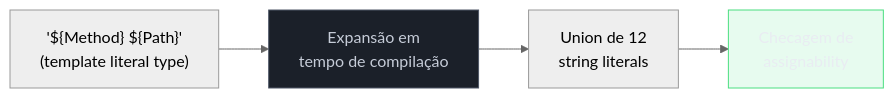
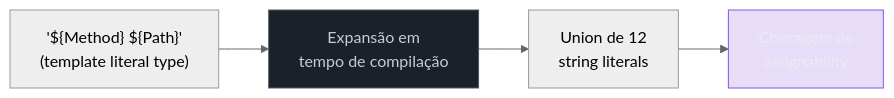
Before and after one commit to josenaldo/codex-technomanticus: the first of 4 diagrams in 03-Dominios/Tecnologia/TypeScript/17 - Template literal types.md, drawn with Mermaid (neutral theme). The commit also changed other lines of this file and 601 other files, not shown here.

````diff
--- a/03-Dominios/Tecnologia/TypeScript/17 - Template literal types.md
+++ b/03-Dominios/Tecnologia/TypeScript/17 - Template literal types.md
@@ -59,14 +59,14 @@
 ```mermaid
 flowchart LR
+    classDef marca fill:#8855DF33,stroke:#8855DF,color:#E9ECF2
     classDef neutro fill:#1B2029,stroke:#4E5666,color:#C6CCD8
-    classDef ok fill:#4ADE8021,stroke:#4ADE80,color:#E9ECF2
     TL["'${Method} ${Path}'\n(template literal type)"]
     EX["Expansão em\ntempo de compilação"]
     UN["Union de 12\nstring literals"]
     CHK["Checagem de\nassignability"]
 
     TL --> EX --> UN --> CHK
 
     class EX neutro
-    class CHK ok
+    class CHK marca
 ```
````
